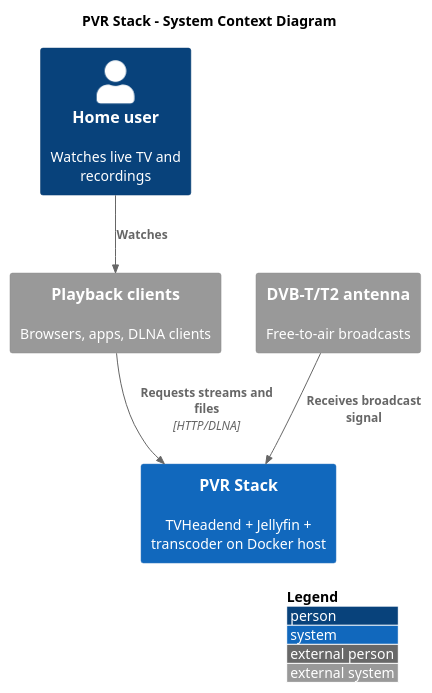
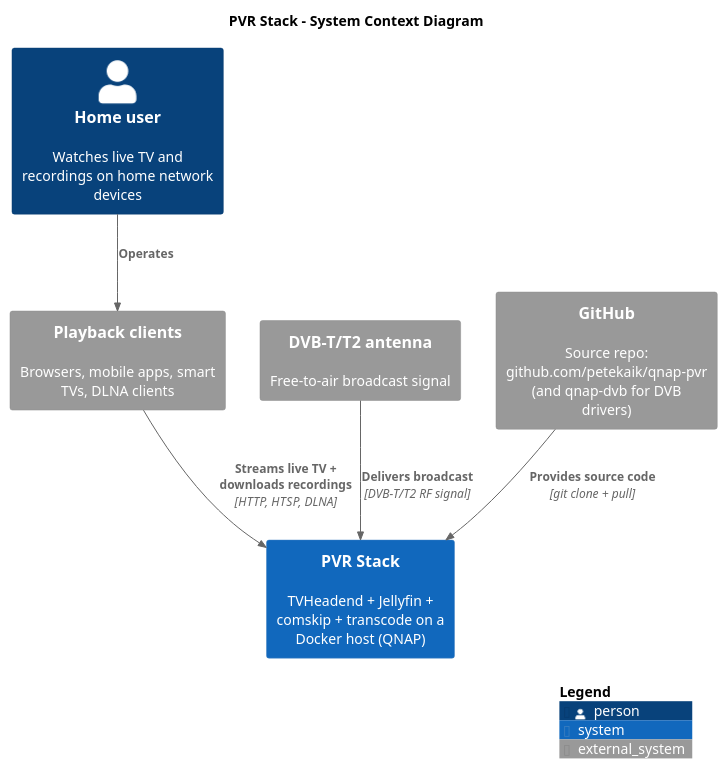
The diagram in docs/diagrams/c4-context.puml (petekaik/qnap-pvr), drawn with PlantUML before and after one commit. The commit also changed 7 other files, not shown here.

```diff
--- a/docs/diagrams/c4-context.puml
+++ b/docs/diagrams/c4-context.puml
@@ -1,17 +1,23 @@
 @startuml C4_Context_PVR
 !include https://raw.githubusercontent.com/plantuml-stdlib/C4-PlantUML/master/C4_Context.puml
 
 LAYOUT_WITH_LEGEND()
 
 title PVR Stack - System Context Diagram
 
-Person(user, "Home user", "Watches live TV and recordings")
-System(pvr, "PVR Stack", "TVHeadend + Jellyfin + transcoder on Docker host")
-System_Ext(antenna, "DVB-T/T2 antenna", "Free-to-air broadcasts")
-System_Ext(clients, "Playback clients", "Browsers, apps, DLNA clients")
+Person(user, "Home user", "Watches live TV and recordings on home network devices")
 
-Rel(antenna, pvr, "Receives broadcast signal")
-Rel(user, clients, "Watches")
-Rel(clients, pvr, "Requests streams and files", "HTTP/DLNA")
+System(pvr, "PVR Stack", "TVHeadend + Jellyfin + comskip + transcode on a Docker host (QNAP)")
+
+System_Ext(antenna, "DVB-T/T2 antenna", "Free-to-air broadcast signal")
+System_Ext(clients, "Playback clients", "Browsers, mobile apps, smart TVs, DLNA clients")
+System_Ext(github, "GitHub", "Source repo: github.com/petekaik/qnap-pvr (and qnap-dvb for DVB drivers)")
+
+Rel(antenna, pvr, "Delivers broadcast", "DVB-T/T2 RF signal")
+Rel(user, clients, "Operates")
+Rel(clients, pvr, "Streams live TV + downloads recordings", "HTTP, HTSP, DLNA")
+Rel(github, pvr, "Provides source code", "git clone + pull")
+
+SHOW_LEGEND()
 
 @enduml
```
